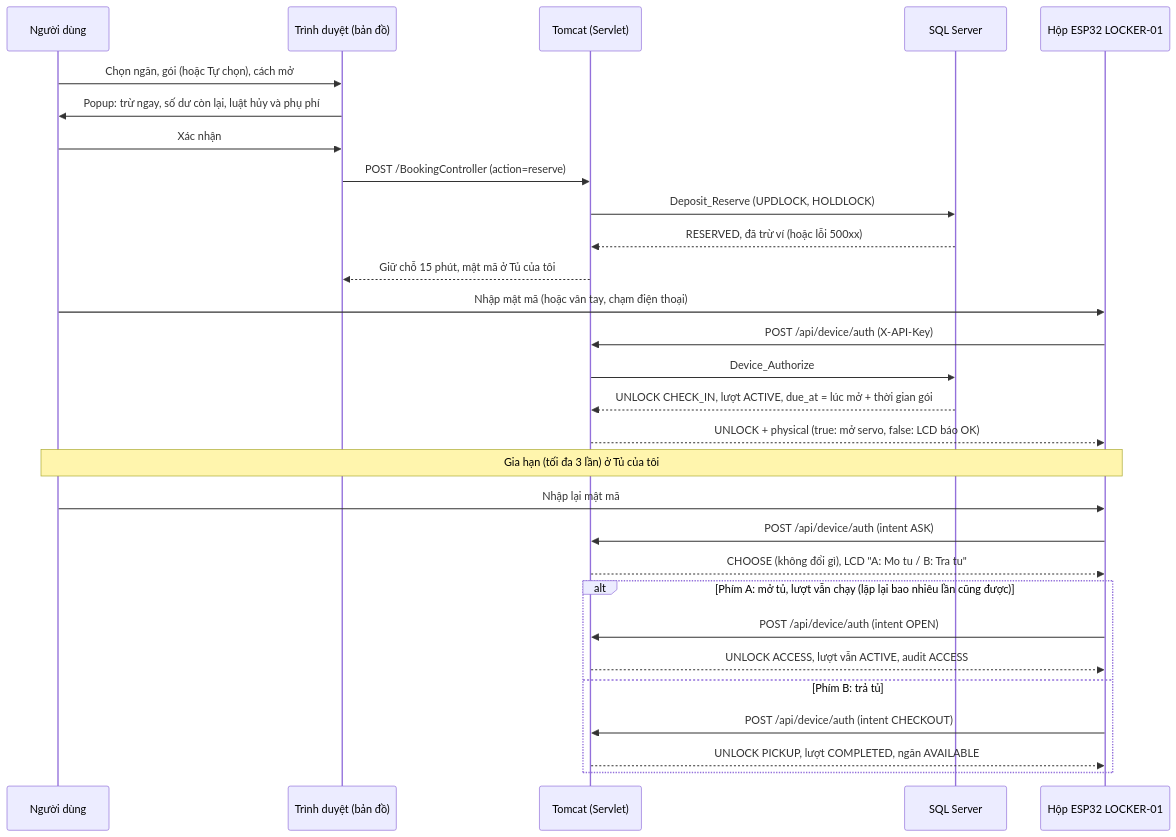
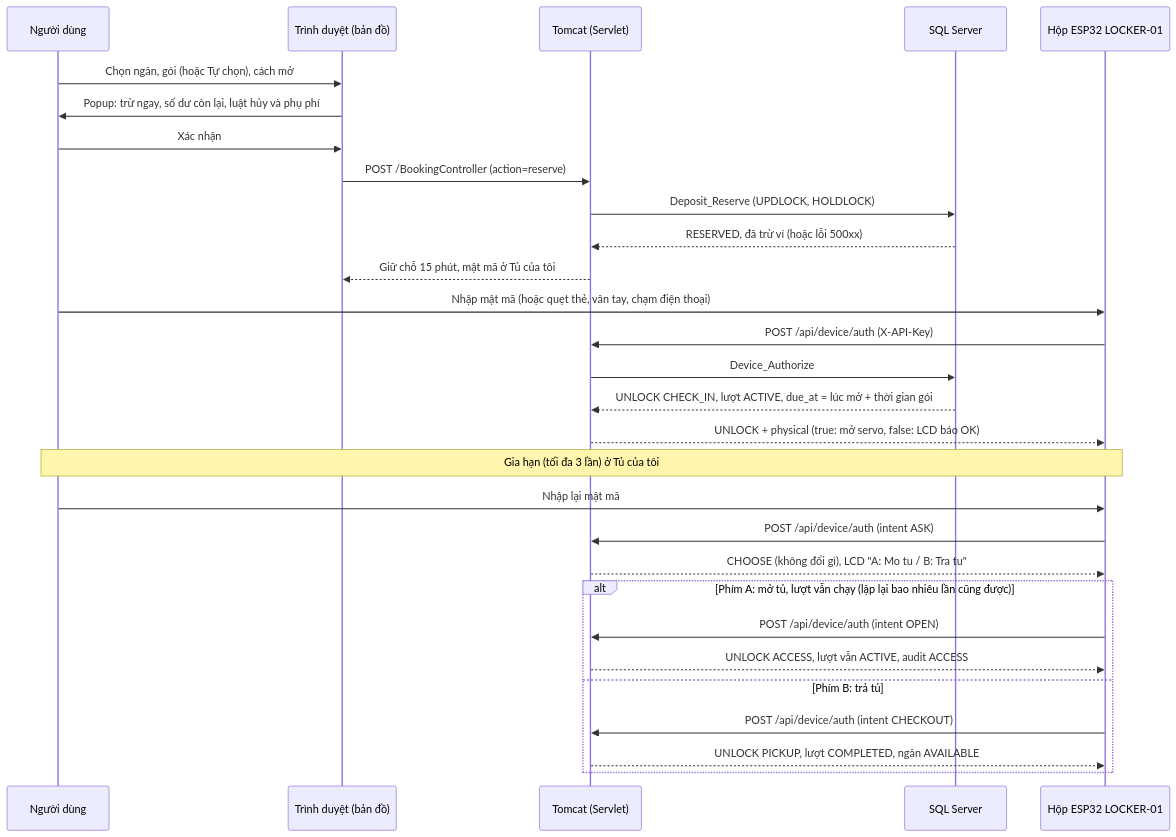
Before and after one commit to HoangDuc1003/SmartLocker: the first of 4 diagrams in README.md, drawn with Mermaid. The commit also changed other lines of this file and 58 other files, not shown here.

````diff
--- a/README.md
+++ b/README.md
@@ -309,32 +310,32 @@
 ```mermaid
 sequenceDiagram
     participant U as Người dùng
     participant W as Trình duyệt (bản đồ)
     participant S as Tomcat (Servlet)
     participant D as SQL Server
     participant B as Hộp ESP32 LOCKER-01
 
     U->>W: Chọn ngăn, gói (hoặc Tự chọn), cách mở
     W->>U: Popup: trừ ngay, số dư còn lại, luật hủy và phụ phí
     U->>W: Xác nhận
     W->>S: POST /BookingController (action=reserve)
     S->>D: Deposit_Reserve (UPDLOCK, HOLDLOCK)
     D-->>S: RESERVED, đã trừ ví (hoặc lỗi 500xx)
     S-->>W: Giữ chỗ 15 phút, mật mã ở Tủ của tôi
-    U->>B: Nhập mật mã (hoặc vân tay, chạm điện thoại)
+    U->>B: Nhập mật mã (hoặc quẹt thẻ, vân tay, chạm điện thoại)
     B->>S: POST /api/device/auth (X-API-Key)
     S->>D: Device_Authorize
     D-->>S: UNLOCK CHECK_IN, lượt ACTIVE, due_at = lúc mở + thời gian gói
     S-->>B: UNLOCK + physical (true: mở servo, false: LCD báo OK)
     Note over U,B: Gia hạn (tối đa 3 lần) ở Tủ của tôi
     U->>B: Nhập lại mật mã
     B->>S: POST /api/device/auth (intent ASK)
     S-->>B: CHOOSE (không đổi gì), LCD "A: Mo tu / B: Tra tu"
     alt Phím A: mở tủ, lượt vẫn chạy (lặp lại bao nhiêu lần cũng được)
         B->>S: POST /api/device/auth (intent OPEN)
         S-->>B: UNLOCK ACCESS, lượt vẫn ACTIVE, audit ACCESS
     else Phím B: trả tủ
         B->>S: POST /api/device/auth (intent CHECKOUT)
         S-->>B: UNLOCK PICKUP, lượt COMPLETED, ngăn AVAILABLE
     end
 ```
````
